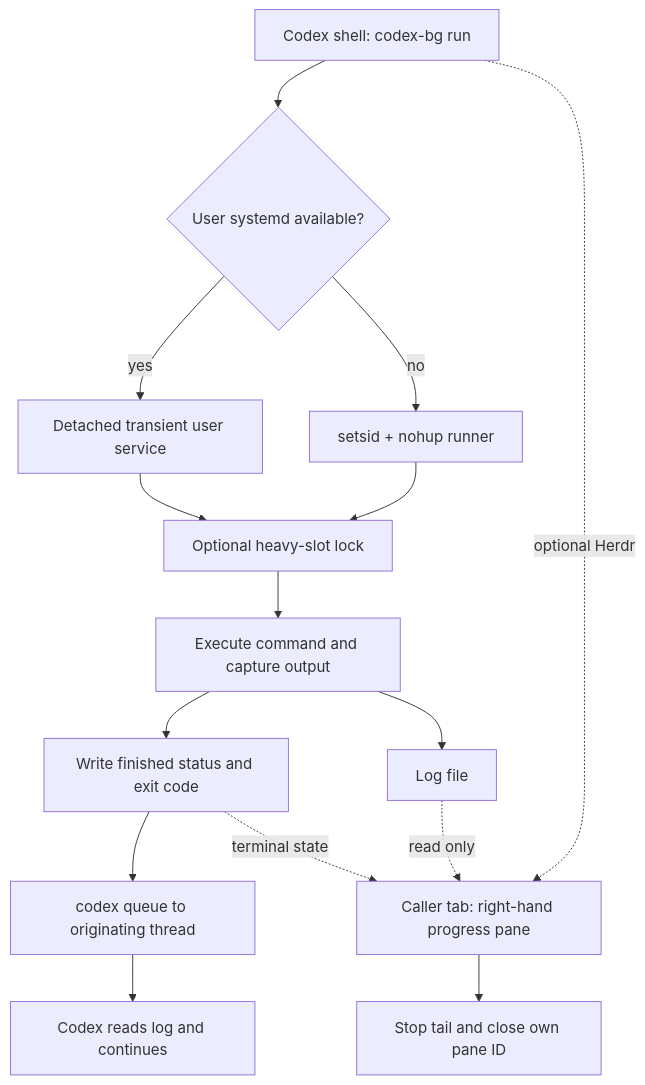
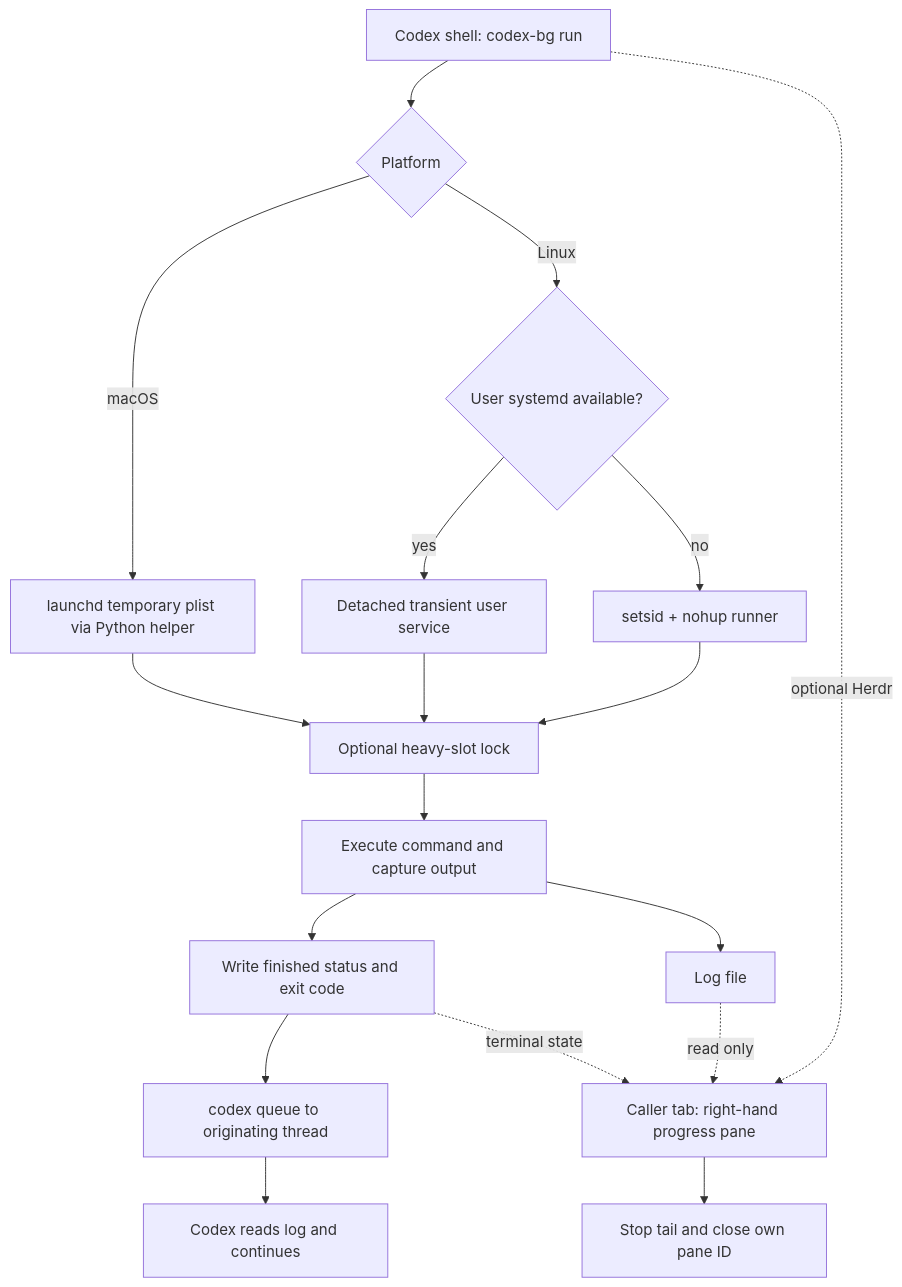
The diagram in docs/how-it-works.md (finnzio/codex-bg), drawn with Mermaid before and after one commit. The commit also changed other lines of this file and 10 other files, not shown here.

First line of the commit message:
feat: add macOS launchd backend with CI coverage

````diff
--- a/docs/how-it-works.md
+++ b/docs/how-it-works.md
@@ -9,17 +9,20 @@
 ```mermaid
 flowchart TD
-    A[Codex shell: codex-bg run] --> B{User systemd available?}
+    A[Codex shell: codex-bg run] --> P{Platform}
+    P -->|macOS| M[launchd temporary plist via Python helper]
+    P -->|Linux| B{User systemd available?}
     B -->|yes| C[Detached transient user service]
     B -->|no| D[setsid + nohup runner]
-    C --> E[Optional heavy-slot lock]
+    M --> E[Optional heavy-slot lock]
+    C --> E
     D --> E
     E --> F[Execute command and capture output]
     F --> G[Write finished status and exit code]
     G --> H[codex queue to originating thread]
     H --> I[Codex reads log and continues]
     A -. optional Herdr .-> J[Caller tab: right-hand progress pane]
     F --> K[Log file]
     K -. read only .-> J
     G -. terminal state .-> J
     J --> L[Stop tail and close own pane ID]
 ```
````
